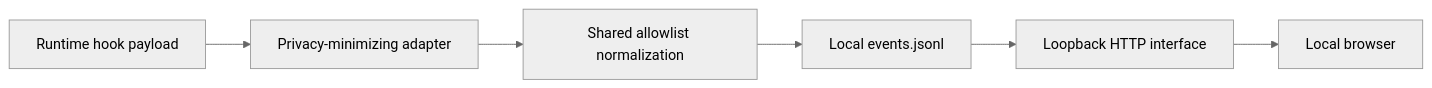
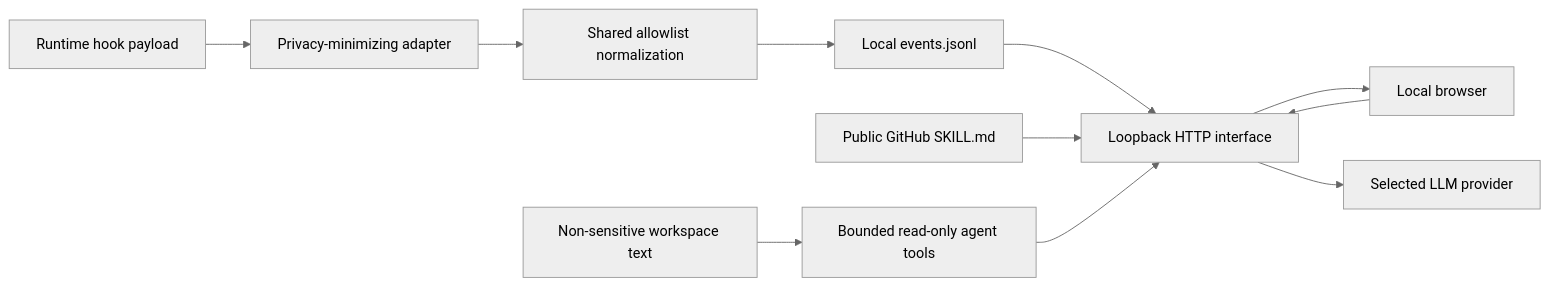
One commit to Gjts/skillops changed the diagram in docs/develop/security/privacy-security.md. Above: the diagram before and after it, drawn with Mermaid (neutral theme). The commit also changed other lines of this file and 28 other files, not shown here.

````diff
--- a/docs/develop/security/privacy-security.md
+++ b/docs/develop/security/privacy-security.md
@@ -56,8 +68,13 @@
 ```mermaid
 flowchart LR
     H[Runtime hook payload] --> A[Privacy-minimizing adapter]
     A --> N[Shared allowlist normalization]
     N --> J[Local events.jsonl]
     J --> L[Loopback HTTP interface]
     L --> B[Local browser]
+    G[Public GitHub SKILL.md] --> L
+    W[Non-sensitive workspace text] --> R[Bounded read-only agent tools]
+    R --> L
+    B --> L
+    L --> P[Selected LLM provider]
 ```
````
